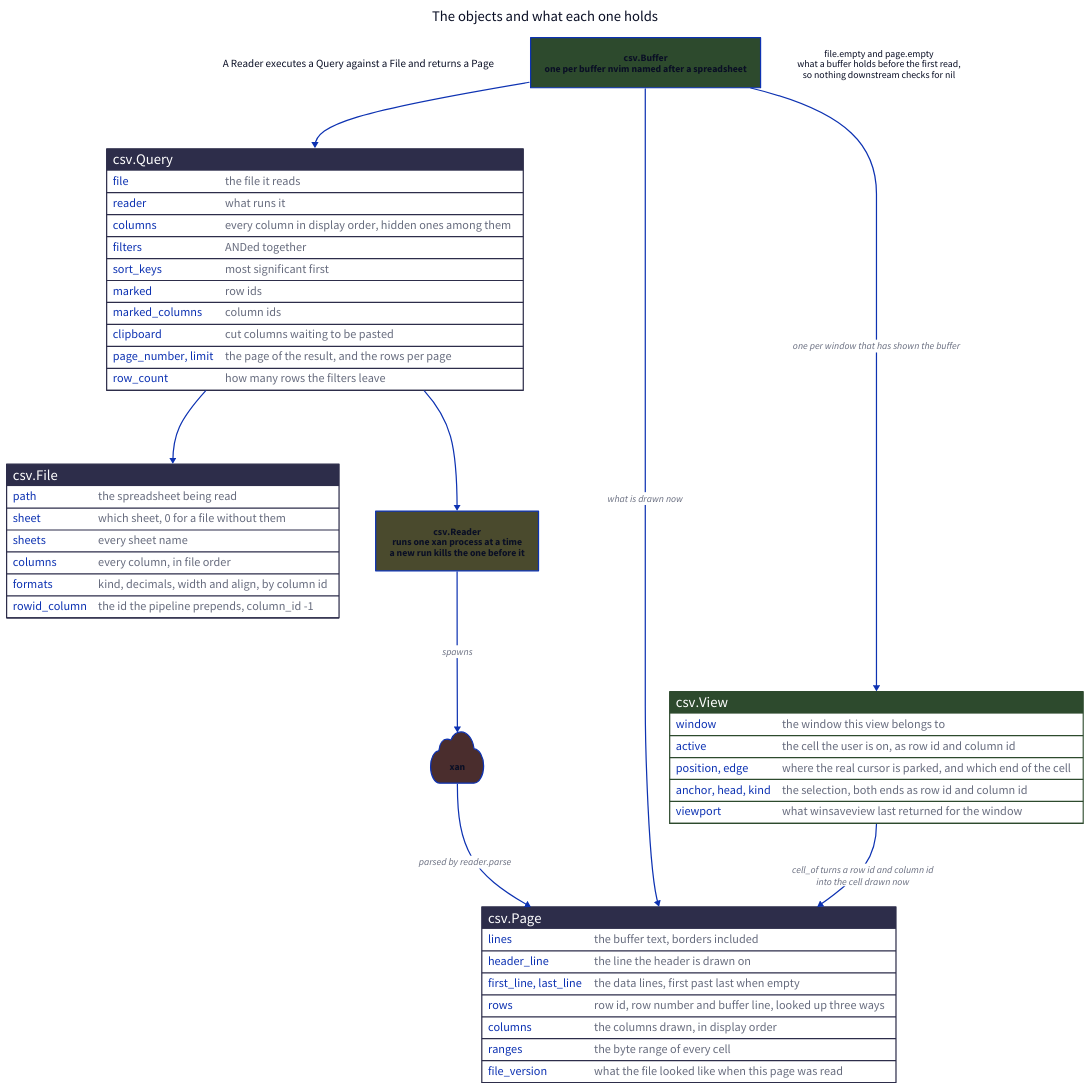
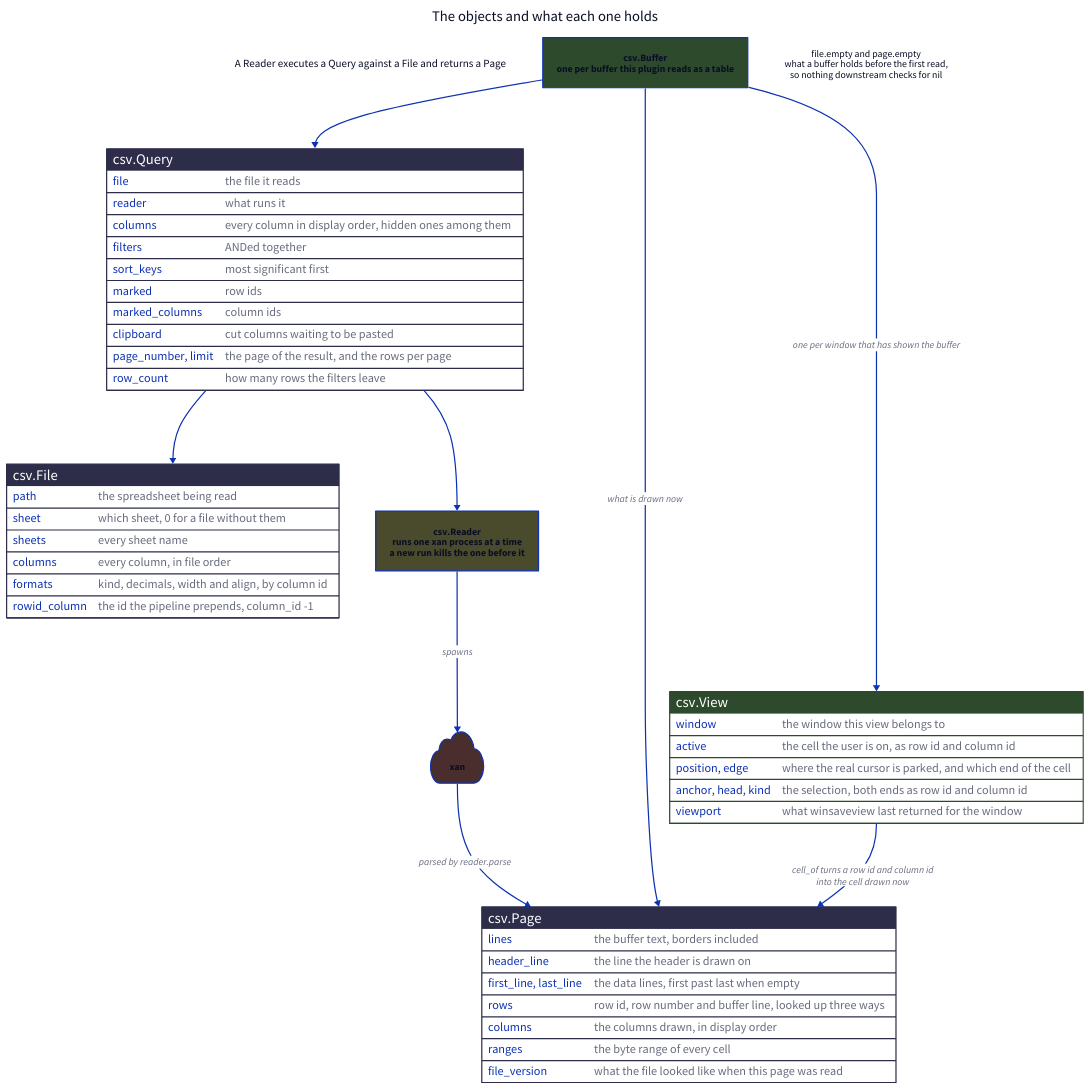
The diagram in docs/01-objects.d2 (cseickel/csv-table.nvim), drawn with D2 before and after one commit. The commit also changed 12 other files, not shown here.

First line of the commit message:
feat: open any file with :CsvTable and configure by extension

```diff
--- a/docs/01-objects.d2
+++ b/docs/01-objects.d2
@@ -1,90 +1,90 @@
 direction: down
 
 title: The objects and what each one holds {
   near: top-center
   shape: text
   style.font-size: 24
 }
 
 sentence: "A Reader executes a Query against a File and returns a Page" {
   shape: text
   style.font-size: 18
 }
 
 classes: {
   data: {style.fill: "#2d2d4a"}
   run: {style.fill: "#4a4a2d"}
   draw: {style.fill: "#2d4a2d"}
   external: {style.fill: "#4a2d2d"}
 }
 
-buffer: "csv.Buffer\none per buffer nvim named after a spreadsheet" {class: draw}
+buffer: "csv.Buffer\none per buffer this plugin reads as a table" {class: draw}
 
 view: csv.View {
   shape: sql_table
   class: draw
   window: the window this view belongs to
   active: the cell the user is on, as row id and column id
   "position, edge": where the real cursor is parked, and which end of the cell
   "anchor, head, kind": the selection, both ends as row id and column id
   viewport: what winsaveview last returned for the window
 }
 
 file: csv.File {
   shape: sql_table
   class: data
   path: the spreadsheet being read
   sheet: which sheet, 0 for a file without them
   sheets: every sheet name
   columns: every column, in file order
   formats: kind, decimals, width and align, by column id
   rowid_column: the id the pipeline prepends, column_id -1
 }
 
 query: csv.Query {
   shape: sql_table
   class: data
   file: the file it reads
   reader: what runs it
   columns: every column in display order, hidden ones among them
   filters: ANDed together
   sort_keys: most significant first
   marked: row ids
   marked_columns: column ids
   clipboard: cut columns waiting to be pasted
   "page_number, limit": the page of the result, and the rows per page
   row_count: how many rows the filters leave
 }
 
 page: csv.Page {
   shape: sql_table
   class: data
   lines: the buffer text, borders included
   header_line: the line the header is drawn on
   "first_line, last_line": the data lines, first past last when empty
   rows: row id, row number and buffer line, looked up three ways
   columns: the columns drawn, in display order
   ranges: the byte range of every cell
   file_version: what the file looked like when this page was read
 }
 
 reader: "csv.Reader\nruns one xan process at a time\na new run kills the one before it" {class: run}
 
 xan: xan {
   class: external
   shape: cloud
 }
 
 empty: "file.empty and page.empty\nwhat a buffer holds before the first read,\nso nothing downstream checks for nil" {
   shape: text
   class: data
 }
 
 buffer -> query
 buffer -> page: what is drawn now
 buffer -> view: one per window that has shown the buffer
 view -> page: "cell_of turns a row id and column id\ninto the cell drawn now"
 query -> file
 query -> reader
 reader -> xan: spawns
 xan -> page: parsed by reader.parse
```
